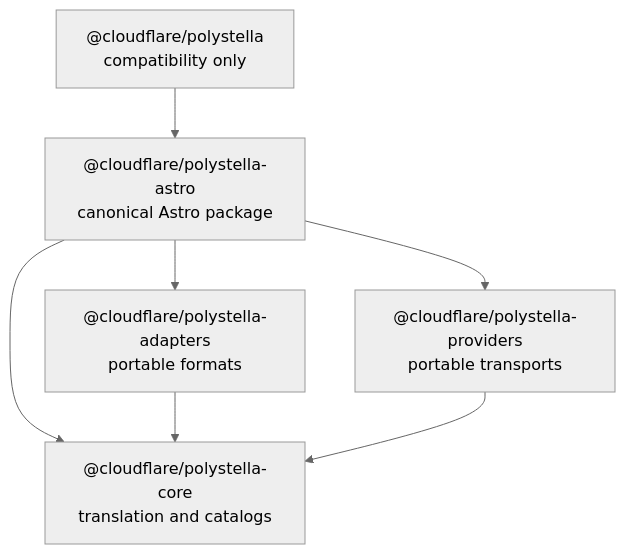
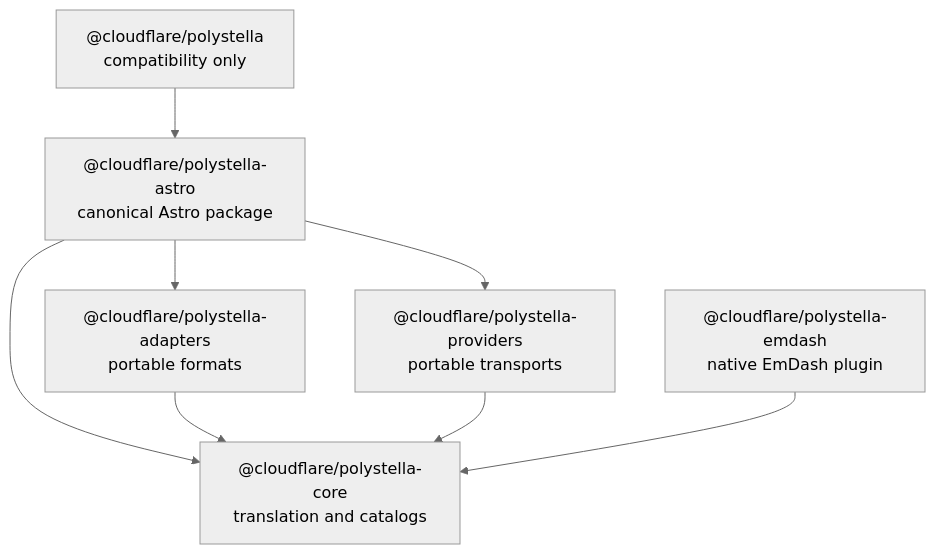
The first of 3 diagrams in PACKAGE_ARCHITECTURE.md (cloudflare/polystella), drawn with Mermaid (neutral theme) before and after one commit. The commit also changed other lines of this file and 25 other files, not shown here.

First line of the commit message:
feat: add @cloudflare/polystella-emdash as sixth package in independent versioning group

````diff
--- a/PACKAGE_ARCHITECTURE.md
+++ b/PACKAGE_ARCHITECTURE.md
@@ -14,9 +14,10 @@
 ```mermaid
 flowchart TD
   compat["@cloudflare/polystella<br/>compatibility only"] --> astro["@cloudflare/polystella-astro<br/>canonical Astro package"]
   astro --> adapters["@cloudflare/polystella-adapters<br/>portable formats"]
   astro --> providers["@cloudflare/polystella-providers<br/>portable transports"]
   astro --> core["@cloudflare/polystella-core<br/>translation and catalogs"]
   adapters --> core
   providers --> core
+  emdash["@cloudflare/polystella-emdash<br/>native EmDash plugin"] --> core
 ```
````
